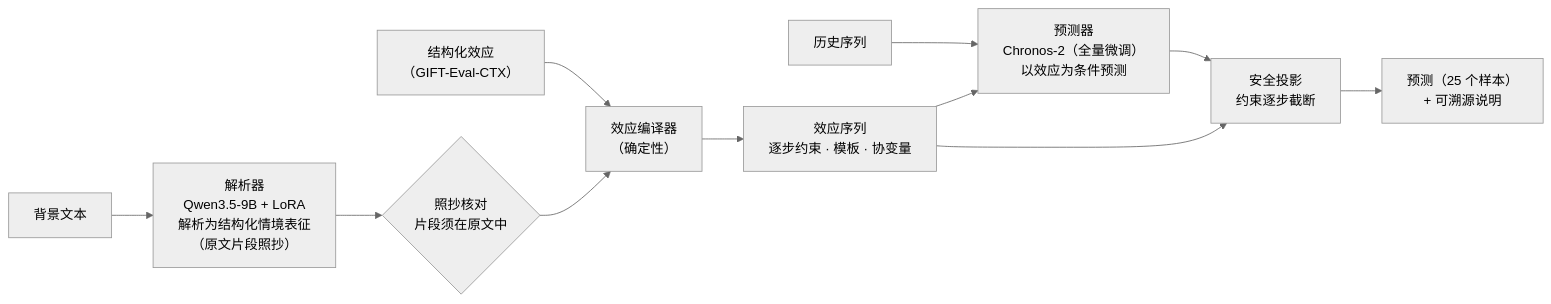
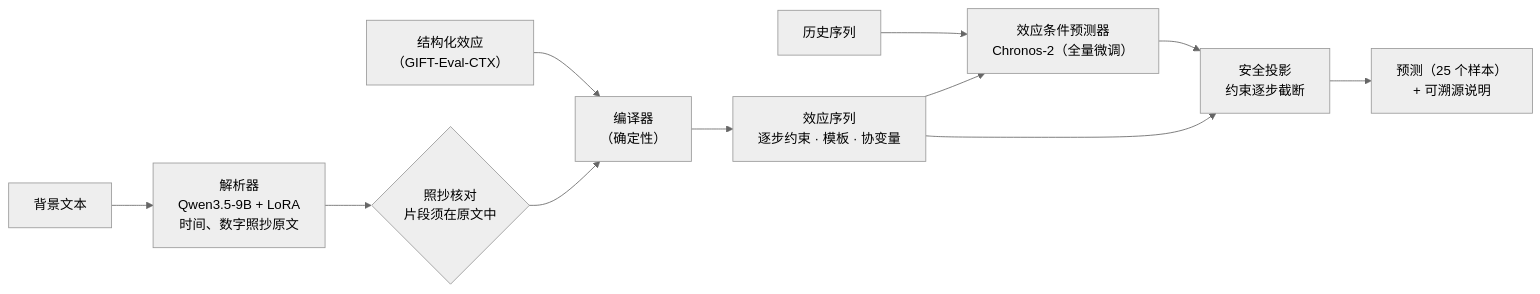
The diagram in README.md (CaesarrWANG/tsfm_ctx), drawn with Mermaid (neutral theme) before and after one commit. The commit also changed other lines of this file, not shown here.

````diff
--- a/README.md
+++ b/README.md
@@ -98,13 +107,13 @@
 ```mermaid
 flowchart LR
-    T["背景文本"] --> P["解析器<br/>Qwen3.5-9B + LoRA<br/>解析为结构化情境表征<br/>（原文片段照抄）"]
+    T["背景文本"] --> P["解析器<br/>Qwen3.5-9B + LoRA<br/>时间、数字照抄原文"]
     S["结构化效应<br/>（GIFT-Eval-CTX）"] --> C
     P --> K{"照抄核对<br/>片段须在原文中"}
-    K --> C["效应编译器<br/>（确定性）"]
+    K --> C["编译器<br/>（确定性）"]
     C --> X["效应序列<br/>逐步约束 · 模板 · 协变量"]
     H["历史序列"] --> M
-    X --> M["预测器<br/>Chronos-2（全量微调）<br/>以效应为条件预测"]
+    X --> M["效应条件预测器<br/>Chronos-2（全量微调）"]
     M --> J["安全投影<br/>约束逐步截断"]
     X --> J
     J --> Y["预测（25 个样本）<br/>+ 可溯源说明"]
 ```
````
